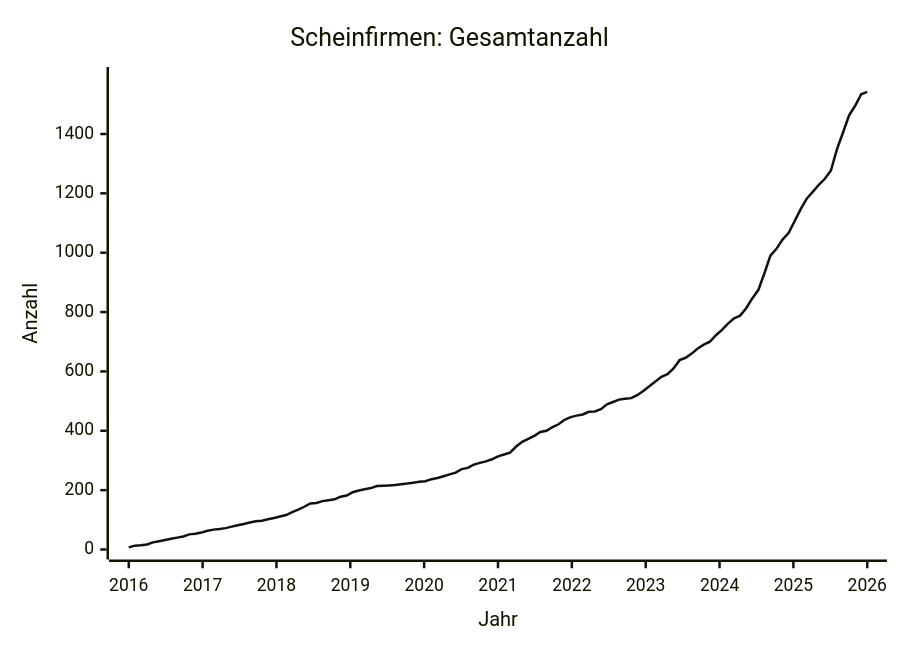
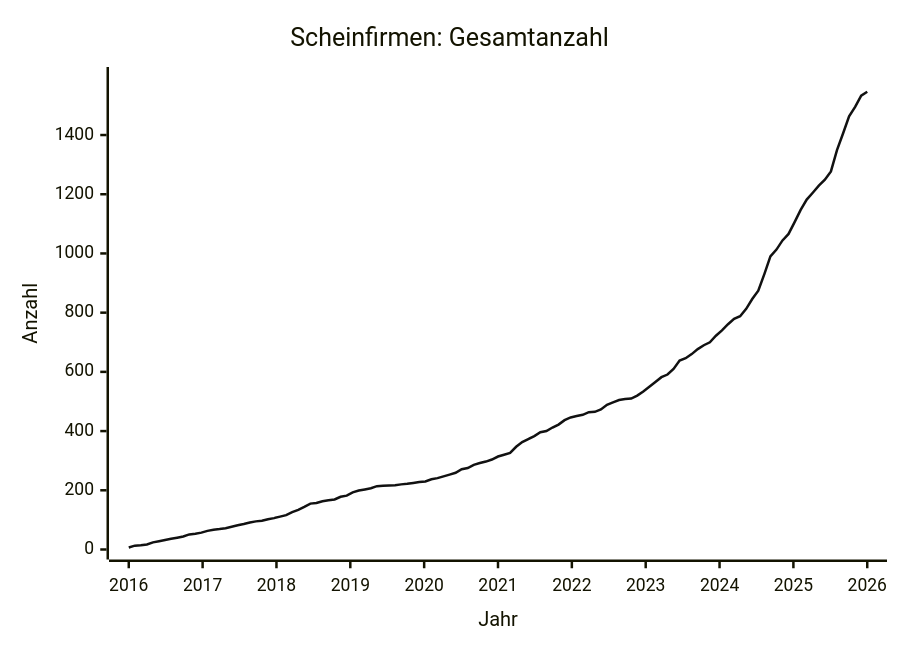
One commit to arjoma/scheinfirmen-at changed the diagram in data/STATS.md. Above: the diagram before and after it, drawn with Mermaid. The commit also changed other lines of this file and 3 other files, not shown here.

````diff
--- a/data/STATS.md
+++ b/data/STATS.md
@@ -9,13 +9,13 @@
 ```mermaid
 ---
 config:
   themeVariables:
     xyChart:
       plotColorPalette: "#111111"
 ---
 xychart-beta
     title "Scheinfirmen: Gesamtanzahl"
     x-axis "Jahr" 2016 --> 2026
-    y-axis "Anzahl" 0 --> 1592
-    line [7, 13, 14, 17, 24, 28, 32, 36, 40, 44, 51, 53, 57, 63, 67, 69, 72, 77, 82, 86, 91, 95, 97, 102, 106, 111, 116, 126, 134, 144, 155, 157, 163, 166, 169, 178, 182, 193, 199, 203, 207, 214, 215, 216, 217, 220, 222, 225, 228, 230, 237, 241, 247, 253, 259, 271, 275, 286, 292, 297, 304, 314, 320, 326, 347, 363, 373, 383, 396, 400, 412, 422, 437, 446, 451, 455, 464, 465, 473, 489, 497, 505, 508, 510, 520, 534, 550, 566, 582, 591, 610, 638, 646, 660, 677, 690, 700, 722, 740, 761, 779, 788, 813, 846, 874, 930, 990, 1013, 1044, 1066, 1106, 1147, 1182, 1205, 1229, 1249, 1277, 1349, 1405, 1463, 1495, 1534, 1542]
+    y-axis "Anzahl" 0 --> 1596
+    line [7, 13, 14, 17, 24, 28, 32, 36, 40, 44, 51, 53, 57, 63, 67, 69, 72, 77, 82, 86, 91, 95, 97, 102, 106, 111, 116, 126, 134, 144, 155, 157, 163, 166, 169, 178, 182, 193, 199, 203, 207, 214, 215, 216, 217, 220, 222, 225, 228, 230, 237, 241, 247, 253, 259, 271, 275, 286, 292, 297, 304, 314, 320, 326, 347, 363, 373, 383, 396, 400, 412, 422, 437, 446, 451, 455, 464, 465, 473, 489, 497, 505, 508, 510, 520, 534, 550, 566, 582, 591, 610, 638, 646, 660, 677, 690, 700, 722, 740, 761, 779, 788, 813, 846, 874, 930, 990, 1013, 1044, 1066, 1106, 1147, 1182, 1205, 1229, 1249, 1277, 1349, 1405, 1463, 1495, 1533, 1546]
 ```
````
